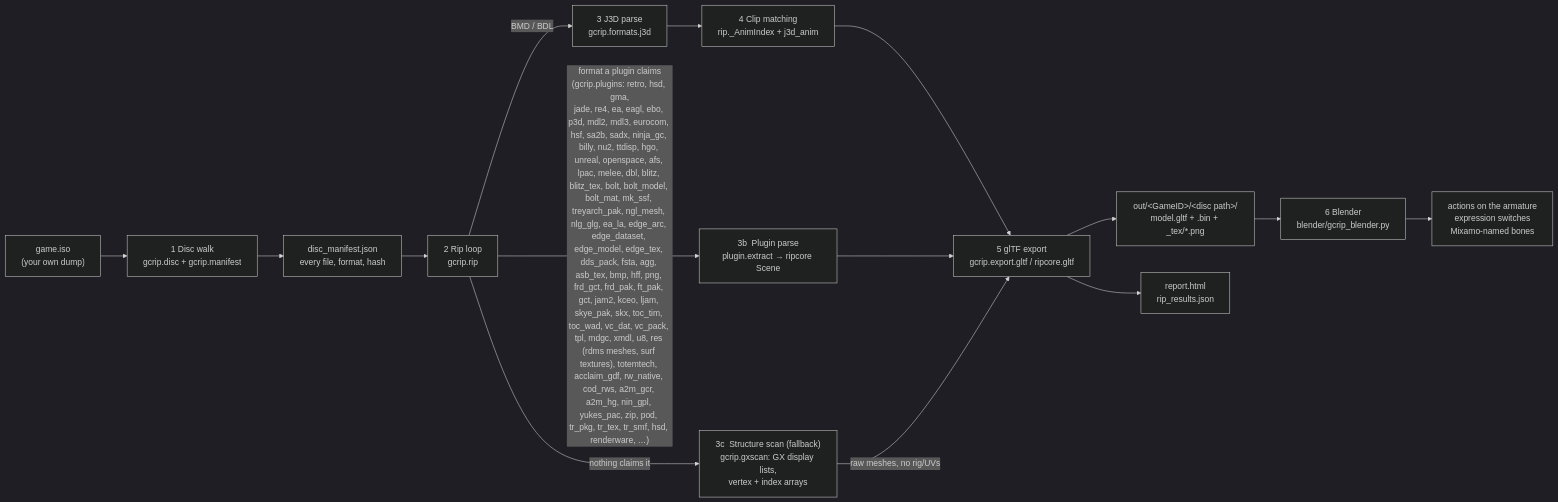
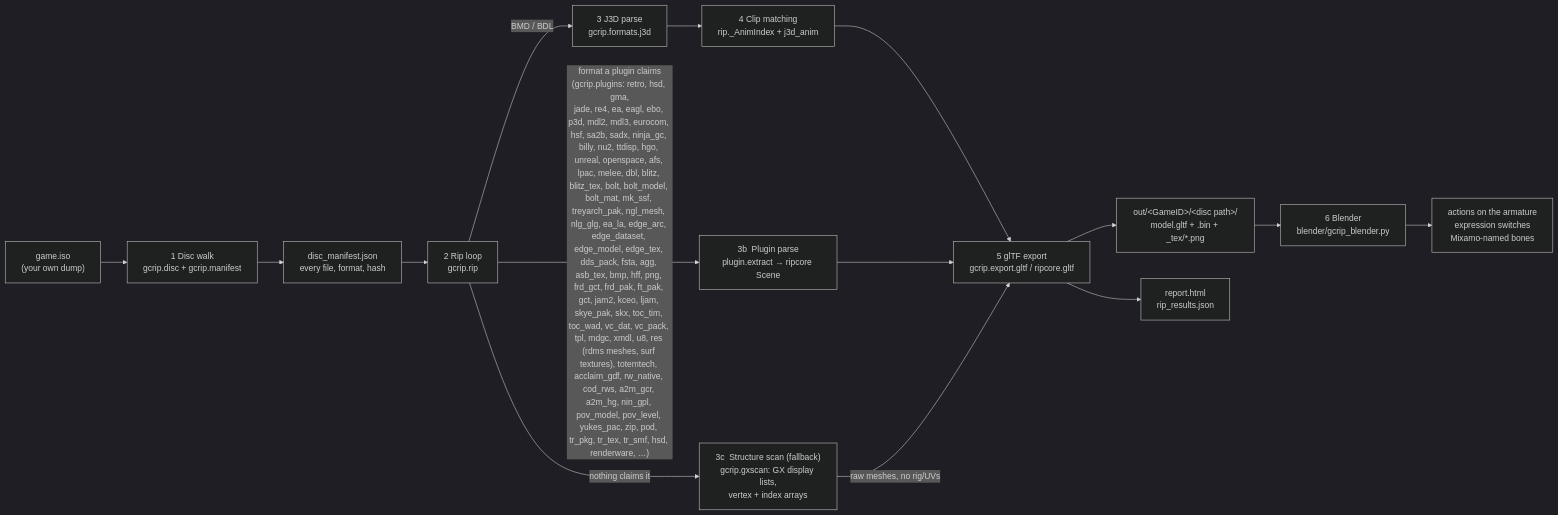
Before and after one commit to Felbs/3d-ripper-9000: the first of 10 diagrams in docs/PIPELINE.md, drawn with Mermaid (dark theme). The commit also changed other lines of this file and 11 other files, not shown here.

First line of the commit message:
gcrip pov_model + pov_level: Smashing Drive PHM models (s_model from the DWARF: 44-byte vertices, u32 index lists, strip commands), TIM records, TG_<phase> layouts assembling the phases (world-space buildings + placed props and traffic by wad record id)

````diff
--- a/docs/PIPELINE.md
+++ b/docs/PIPELINE.md
@@ -11,17 +11,17 @@
 ```mermaid
 flowchart LR
     ISO["game.iso<br/>(your own dump)"] --> WALK["1  Disc walk<br/>gcrip.disc + gcrip.manifest"]
     WALK --> MAN["disc_manifest.json<br/>every file, format, hash"]
     MAN --> RIP["2  Rip loop<br/>gcrip.rip"]
     RIP -->|"BMD / BDL"| J3D["3  J3D parse<br/>gcrip.formats.j3d"]
-    RIP -->|"format a plugin claims<br/>(gcrip.plugins: retro, hsd, gma,<br/>jade, re4, ea, eagl, ebo, p3d, mdl2, mdl3, eurocom, hsf, sa2b, sadx, ninja_gc, billy, nu2, ttdisp, hgo, unreal, openspace, afs, lpac, melee, dbl, blitz, blitz_tex, bolt, bolt_model, bolt_mat, mk_ssf, treyarch_pak, ngl_mesh, nlg_glg, ea_la, edge_arc, edge_dataset, edge_model, edge_tex, dds_pack, fsta, agg, asb_tex, bmp, hff, png, frd_gct, frd_pak, ft_pak, gct, jam2, kceo, ljam, skye_pak, skx, toc_tim, toc_wad, vc_dat, vc_pack, tpl, mdgc, xmdl, u8, res (rdms meshes, surf textures), totemtech, acclaim_gdf, rw_native, cod_rws, a2m_gcr, a2m_hg, nin_gpl, yukes_pac, zip, pod, tr_pkg, tr_tex, tr_smf, hsd, renderware, …)"| PLUG["3b  Plugin parse<br/>plugin.extract → ripcore Scene"]
+    RIP -->|"format a plugin claims<br/>(gcrip.plugins: retro, hsd, gma,<br/>jade, re4, ea, eagl, ebo, p3d, mdl2, mdl3, eurocom, hsf, sa2b, sadx, ninja_gc, billy, nu2, ttdisp, hgo, unreal, openspace, afs, lpac, melee, dbl, blitz, blitz_tex, bolt, bolt_model, bolt_mat, mk_ssf, treyarch_pak, ngl_mesh, nlg_glg, ea_la, edge_arc, edge_dataset, edge_model, edge_tex, dds_pack, fsta, agg, asb_tex, bmp, hff, png, frd_gct, frd_pak, ft_pak, gct, jam2, kceo, ljam, skye_pak, skx, toc_tim, toc_wad, vc_dat, vc_pack, tpl, mdgc, xmdl, u8, res (rdms meshes, surf textures), totemtech, acclaim_gdf, rw_native, cod_rws, a2m_gcr, a2m_hg, nin_gpl, pov_model, pov_level, yukes_pac, zip, pod, tr_pkg, tr_tex, tr_smf, hsd, renderware, …)"| PLUG["3b  Plugin parse<br/>plugin.extract → ripcore Scene"]
     RIP -->|"nothing claims it"| GX["3c  Structure scan (fallback)<br/>gcrip.gxscan: GX display lists,<br/>vertex + index arrays"]
     J3D --> ANIM["4  Clip matching<br/>rip._AnimIndex + j3d_anim"]
     ANIM --> GLTF["5  glTF export<br/>gcrip.export.gltf / ripcore.gltf"]
     PLUG --> GLTF
     GX -->|"raw meshes, no rig/UVs"| GLTF
     GLTF --> OUT["out/&lt;GameID&gt;/&lt;disc path&gt;/<br/>model.gltf + .bin + _tex/*.png"]
     GLTF --> REP["report.html<br/>rip_results.json"]
     OUT --> BL["6  Blender<br/>blender/gcrip_blender.py"]
     BL --> PLAY["actions on the armature<br/>expression switches<br/>Mixamo-named bones"]
 ```
````
